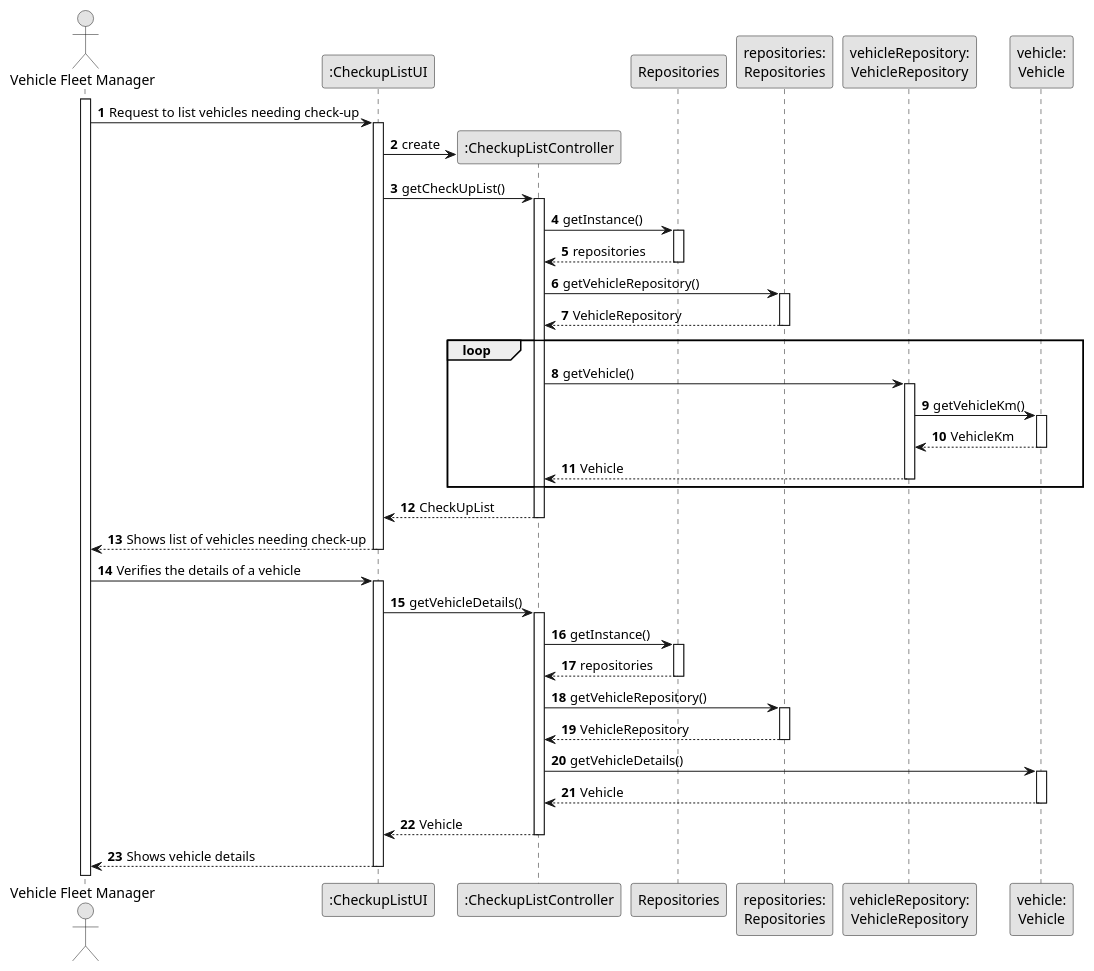
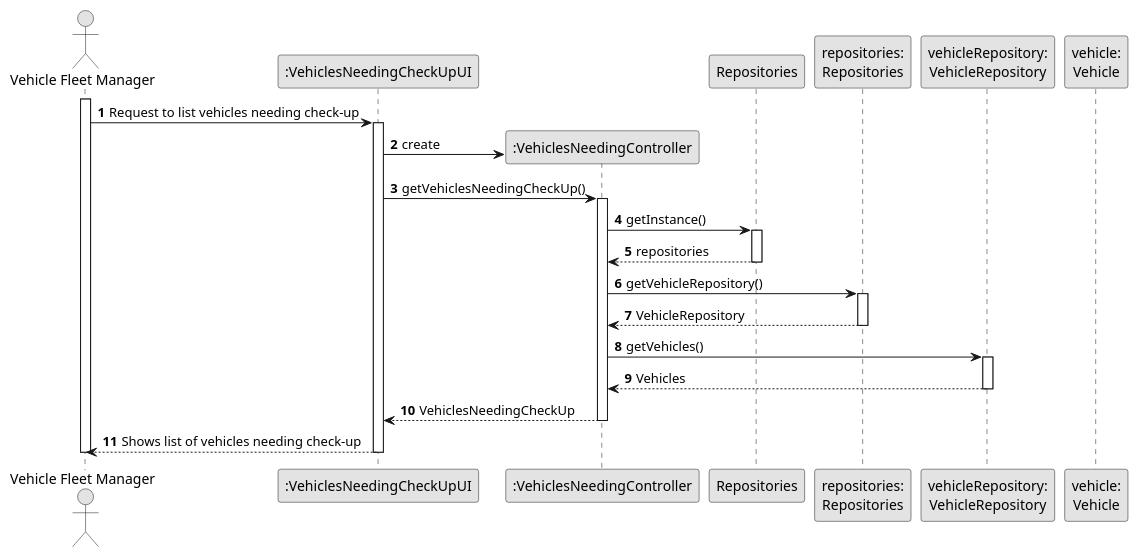
One commit to Departamento-de-Engenharia-Informatica/lei-24-s2-1df-1de-g063 changed the diagram in docs/sprintB/us008/03.design/puml/us008-sequence-diagram-full.puml. Above: the diagram before and after it, drawn with PlantUML. The commit also changed 13 other files, not shown here.

```diff
--- a/docs/sprintB/us008/03.design/puml/us008-sequence-diagram-full.puml
+++ b/docs/sprintB/us008/03.design/puml/us008-sequence-diagram-full.puml
@@ -1,87 +1,57 @@
 @startuml
 skinparam monochrome true
 skinparam packageStyle rectangle
 skinparam shadowing false
 
 autonumber
 
 'hide footbox
 actor "Vehicle Fleet Manager" as VFM
-participant ":CheckupListUI" as UI
-participant ":CheckupListController" as CTRL
+participant ":VehiclesNeedingCheckUpUI" as UI
+participant ":VehiclesNeedingController" as CTRL
 participant "Repositories" as Rep
 participant "repositories:\nRepositories" as Repositories
 participant "vehicleRepository:\nVehicleRepository" as VehicleRepository
 participant "vehicle:\nVehicle" as Vehicle
 
 activate VFM
 
 VFM -> UI : Request to list vehicles needing check-up
 
     activate UI
 
         UI -> CTRL** : create
 
-        UI -> CTRL : getCheckUpList()
+        UI -> CTRL : getVehiclesNeedingCheckUp()
         activate CTRL
 
             CTRL -> Rep : getInstance()
             activate Rep
 
                 Rep --> CTRL : repositories
             deactivate Rep
 
             CTRL -> Repositories : getVehicleRepository()
             activate Repositories
 
             Repositories --> CTRL : VehicleRepository
             deactivate Repositories
 
-            loop
-                CTRL -> VehicleRepository : getVehicle()
-                activate VehicleRepository
 
-                    VehicleRepository -> Vehicle : getVehicleKm()
-                    activate Vehicle
+            CTRL -> VehicleRepository : getVehicles()
+            activate VehicleRepository
 
-                    Vehicle --> VehicleRepository : VehicleKm
-                    deactivate Vehicle
+                VehicleRepository --> CTRL : Vehicles
+            deactivate VehicleRepository
 
-                    VehicleRepository --> CTRL : Vehicle
-                deactivate VehicleRepository
-            end
 
-            CTRL --> UI : CheckUpList
+            CTRL --> UI : VehiclesNeedingCheckUp
         deactivate CTRL
 
         UI --> VFM : Shows list of vehicles needing check-up
 
-        deactivate UI
-        VFM -> UI : Verifies the details of a vehicle
-        activate UI
-
-        UI -> CTRL : getVehicleDetails()
-        activate CTRL
-
-            CTRL -> Rep : getInstance()
-            activate Rep
-
-                Rep --> CTRL : repositories
-            deactivate Rep
-            CTRL -> Repositories : getVehicleRepository()
-            activate Repositories
-
-                Repositories --> CTRL : VehicleRepository
-            deactivate Repositories
-
-            CTRL -> Vehicle : getVehicleDetails()
-            activate Vehicle
-
-                Vehicle --> CTRL : Vehicle
-            deactivate Vehicle
-            CTRL --> UI : Vehicle
-        deactivate CTRL
-        UI --> VFM : Shows vehicle details
     deactivate UI
 
+deactivate VFM
+
 @enduml
```
